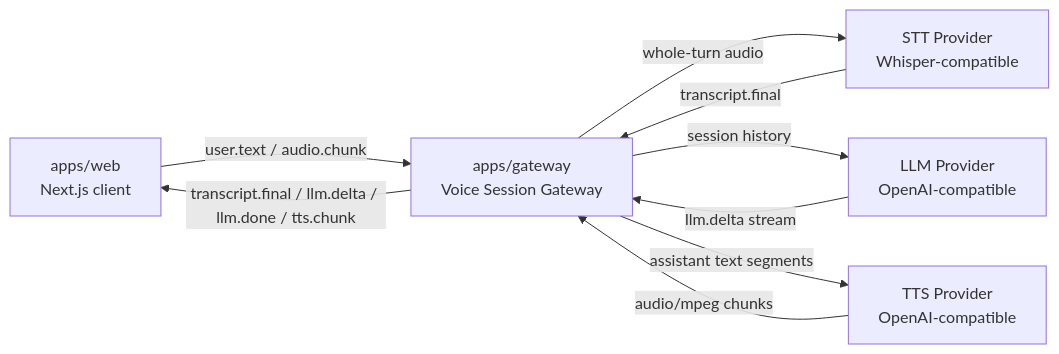
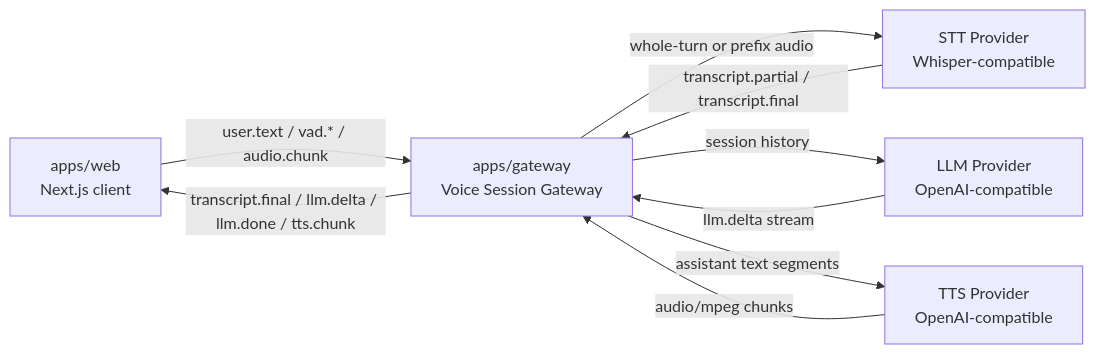
One commit to study8677/open-gpt-live changed the diagram in README.md. Above: the diagram before and after it, drawn with Mermaid. The commit also changed other lines of this file and 2 other files, not shown here.

````diff
--- a/README.md
+++ b/README.md
@@ -90,11 +91,11 @@
 ```mermaid
 flowchart LR
-  Web["apps/web<br/>Next.js client"] -->|user.text / audio.chunk| Gateway["apps/gateway<br/>Voice Session Gateway"]
-  Gateway -->|whole-turn audio| STT["STT Provider<br/>Whisper-compatible"]
-  STT -->|transcript.final| Gateway
+  Web["apps/web<br/>Next.js client"] -->|user.text / vad.* / audio.chunk| Gateway["apps/gateway<br/>Voice Session Gateway"]
+  Gateway -->|whole-turn or prefix audio| STT["STT Provider<br/>Whisper-compatible"]
+  STT -->|transcript.partial / transcript.final| Gateway
   Gateway -->|session history| LLM["LLM Provider<br/>OpenAI-compatible"]
   LLM -->|llm.delta stream| Gateway
   Gateway -->|assistant text segments| TTS["TTS Provider<br/>OpenAI-compatible"]
   TTS -->|audio/mpeg chunks| Gateway
   Gateway -->|transcript.final / llm.delta / llm.done / tts.chunk| Web
 ```
````
